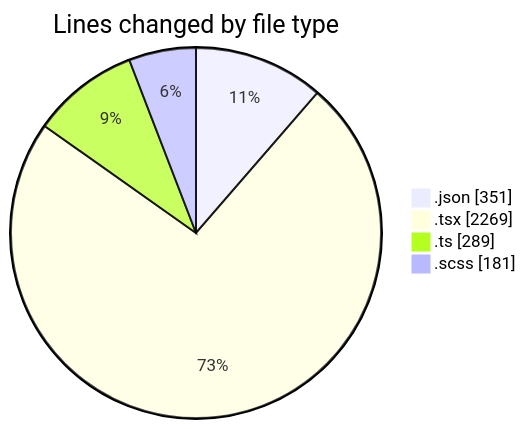
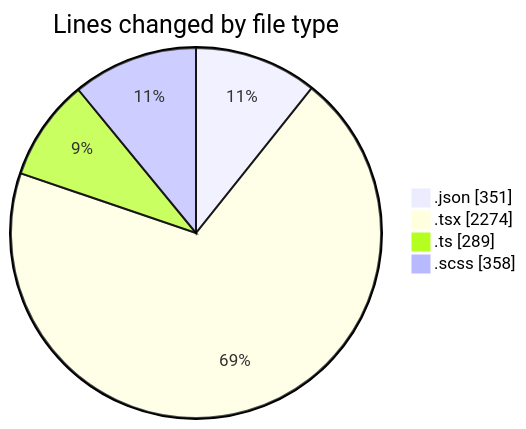
One commit to momahboobian/code-tracking changed the first of 2 diagrams in 2026-04-22/cda/README.md. Above: the diagram before and after it, drawn with Mermaid. The commit also changed other lines of this file and 1 other file, not shown here.

````diff
--- a/2026-04-22/cda/README.md
+++ b/2026-04-22/cda/README.md
@@ -44,8 +45,8 @@
 ```mermaid
 pie showData
 title Lines changed by file type
 ".json" : 351
-".tsx" : 2269
+".tsx" : 2274
 ".ts" : 289
-".scss" : 181
+".scss" : 358
 ```
````
